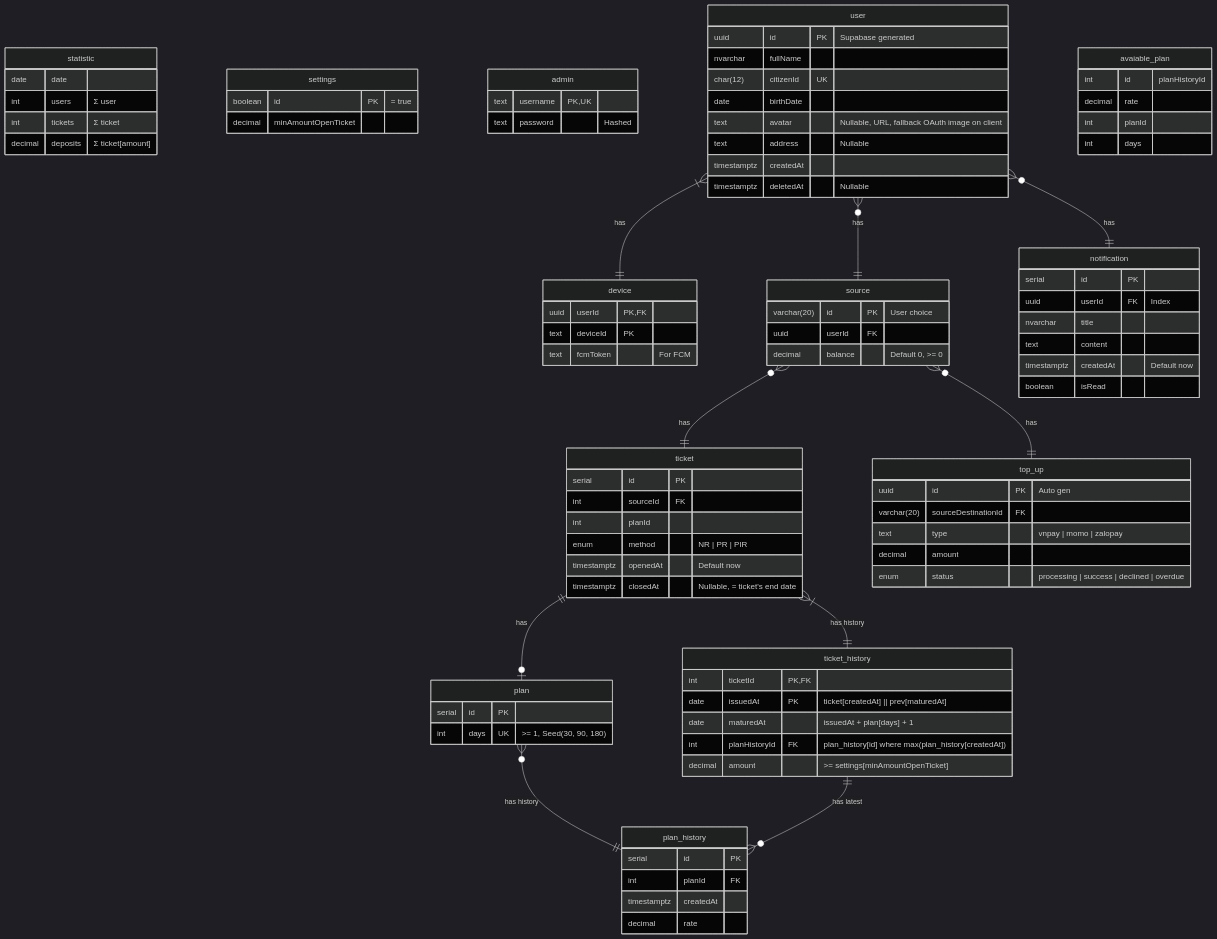
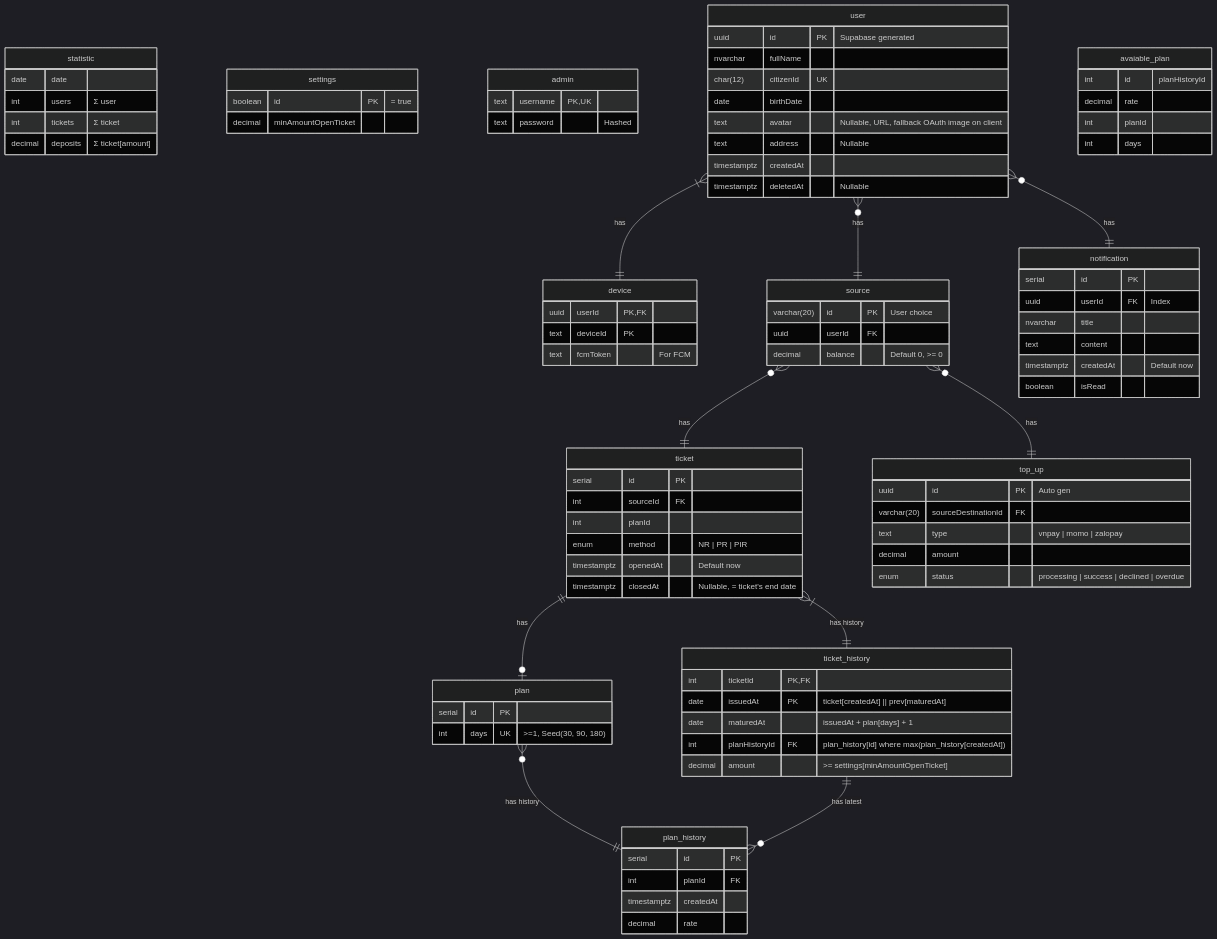
The diagram in docs/diagrams/database/index.md (coinhub-uit/coinhub-uit.github.io), drawn with Mermaid (dark theme) before and after one commit. The commit also changed 1 other file, not shown here.

Commit message:
fix(db): mermaid update quote for markdown which break >

```diff
--- a/docs/diagrams/database/index.md
+++ b/docs/diagrams/database/index.md
@@ -48,7 +48,7 @@
 
   plan {
     serial id PK
-    int days UK ">= 1, Seed(30, 90, 180)"
+    int days UK "\>=1, Seed(30, 90, 180)"
   }
 
   plan_history {
@@ -72,7 +72,7 @@
     date issuedAt PK "ticket[createdAt] || prev[maturedAt]"
     date maturedAt "issuedAt + plan[days] + 1"
     int planHistoryId FK "plan_history[id] where max(plan_history[createdAt])"
-    decimal amount ">= settings[minAmountOpenTicket]"
+    decimal amount "\>= settings[minAmountOpenTicket]"
   }
 
   notification {
```
